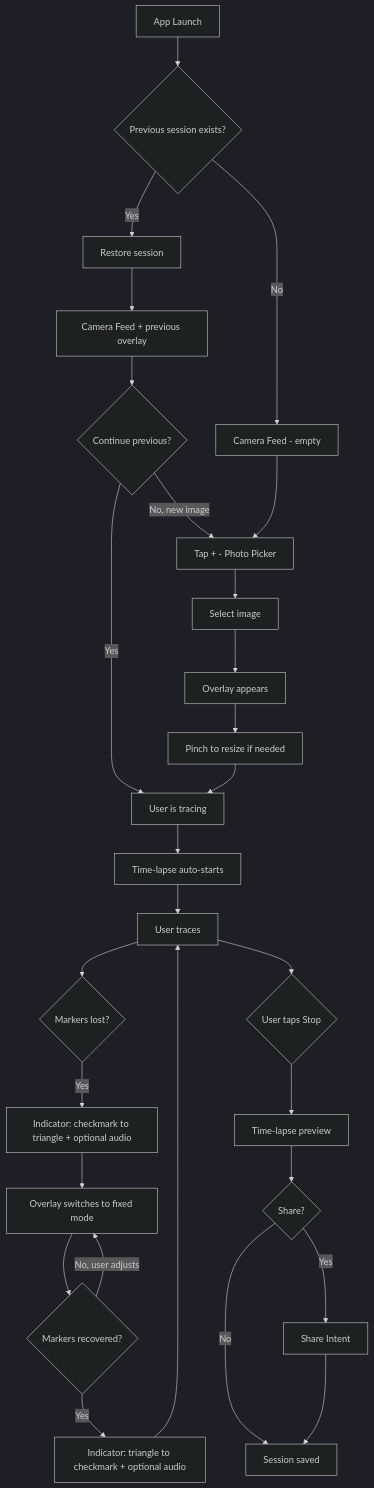
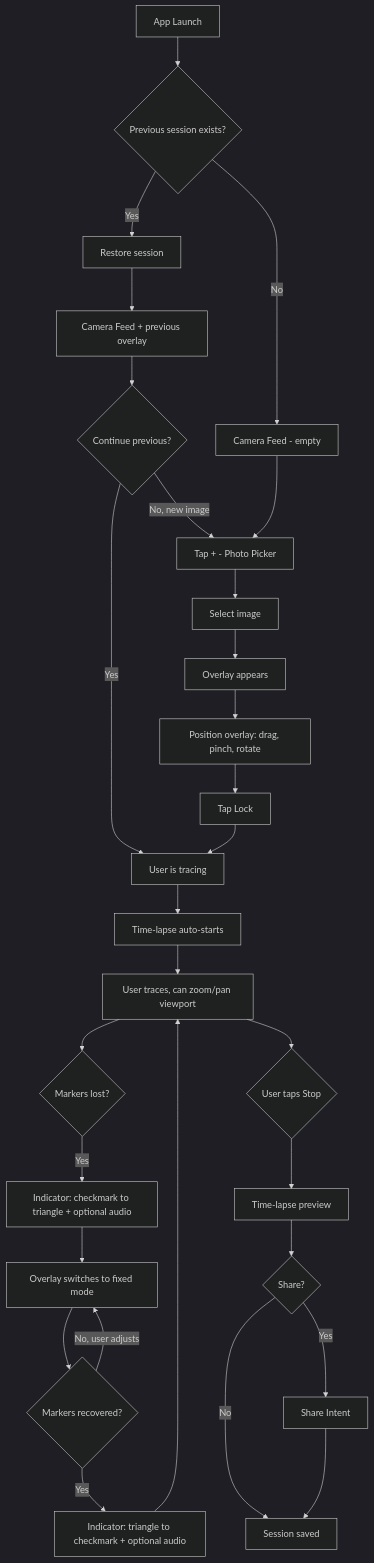
Before and after one commit to JN0V/TraceGlass: the second of 3 diagrams in _bmad-output/planning-artifacts/ux-design-specification.md, drawn with Mermaid (dark theme). The commit also changed other lines of this file and 11 other files, not shown here.

````diff
--- a/_bmad-output/planning-artifacts/ux-design-specification.md
+++ b/_bmad-output/planning-artifacts/ux-design-specification.md
@@ -498,35 +510,36 @@
 ```mermaid
 flowchart TD
     A[App Launch] --> B{Previous session exists?}
     B -->|Yes| C[Restore session]
     C --> D[Camera Feed + previous overlay]
     B -->|No| E[Camera Feed - empty]
     
     D --> F{Continue previous?}
     F -->|Yes| G[User is tracing]
     F -->|No, new image| H[Tap + - Photo Picker]
     
     E --> H
     H --> I[Select image]
     I --> J[Overlay appears]
-    J --> K[Pinch to resize if needed]
-    K --> G
-    
+    J --> J1[Position overlay: drag, pinch, rotate]
+    J1 --> J2[Tap Lock]
+    J2 --> G
+
     G --> G1[Time-lapse auto-starts]
-    G1 --> G2[User traces]
+    G1 --> G2[User traces, can zoom/pan viewport]
     
     G2 --> L{Markers lost?}
     L -->|Yes| L1[Indicator: checkmark to triangle + optional audio]
     L1 --> L2[Overlay switches to fixed mode]
     L2 --> L3{Markers recovered?}
     L3 -->|Yes| L4[Indicator: triangle to checkmark + optional audio]
     L4 --> G2
     L3 -->|No, user adjusts| L2
     
     G2 --> M{User taps Stop}
     M --> N[Time-lapse preview]
     N --> O{Share?}
     O -->|Yes| P[Share Intent]
     O -->|No| Q[Session saved]
     P --> Q
 ```
````
